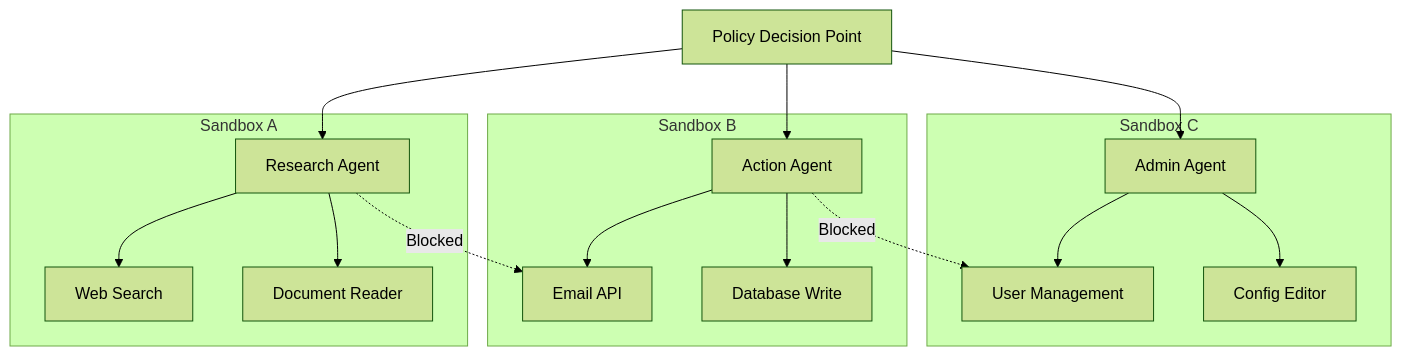
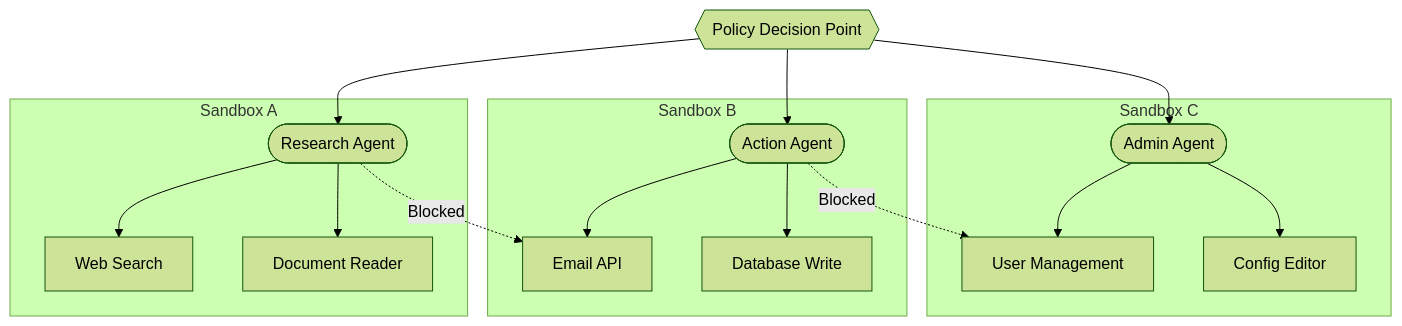
Before and after one commit to CyberdaemonAI/cyberdaemon-site: the third of 5 diagrams in src/content/analysis/zt-ai-systems.mdx, drawn with Mermaid (forest theme). The commit also changed other lines of this file and 23 other files, not shown here.

First line of the commit message:
style(diagrams): retrofit all mermaid diagrams to flowchart syntax site-wide

````diff
--- a/src/content/analysis/zt-ai-systems.mdx
+++ b/src/content/analysis/zt-ai-systems.mdx
@@ -193,20 +193,19 @@
 ```mermaid
-graph TB
-    subgraph Sandbox A
-        AGENT_A[Research Agent] --> TOOL_A1[Web Search]
+flowchart TB
+    PDP{{Policy Decision Point}} --> AGENT_A & AGENT_B & AGENT_C
+
+    subgraph sandA["Sandbox A"]
+        AGENT_A([Research Agent]) --> TOOL_A1[Web Search]
         AGENT_A --> TOOL_A2[Document Reader]
     end
-    subgraph Sandbox B
-        AGENT_B[Action Agent] --> TOOL_B1[Email API]
+    subgraph sandB["Sandbox B"]
+        AGENT_B([Action Agent]) --> TOOL_B1[Email API]
         AGENT_B --> TOOL_B2[Database Write]
     end
-    subgraph Sandbox C
-        AGENT_C[Admin Agent] --> TOOL_C1[User Management]
+    subgraph sandC["Sandbox C"]
+        AGENT_C([Admin Agent]) --> TOOL_C1[User Management]
         AGENT_C --> TOOL_C2[Config Editor]
     end
     AGENT_A -.->|Blocked| TOOL_B1
     AGENT_B -.->|Blocked| TOOL_C1
-    PDP[Policy Decision Point] --> AGENT_A
-    PDP --> AGENT_B
-    PDP --> AGENT_C
 ```
````
